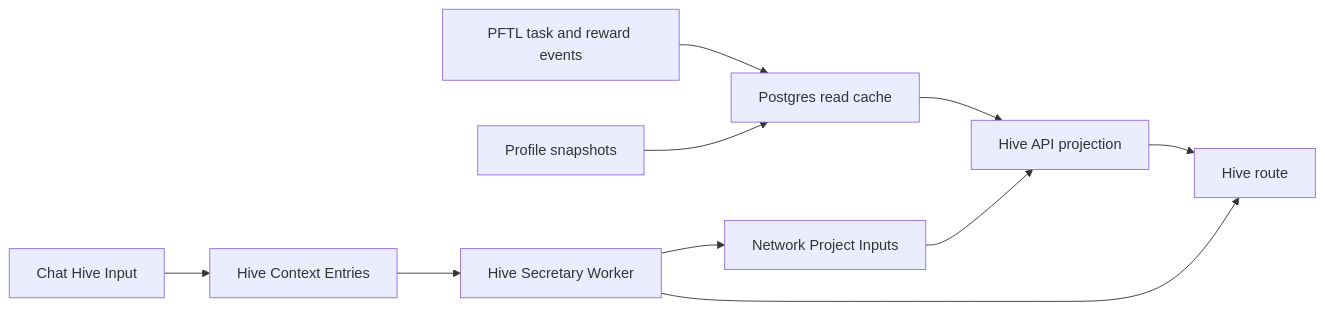
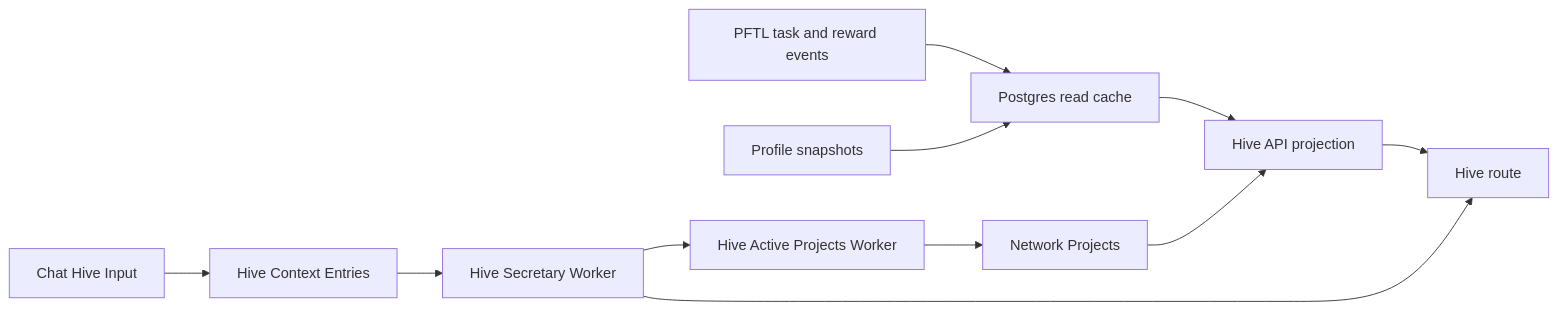
Before and after one commit to postfiatorg/tasknode: the diagram in docs/wiki/surfaces/hive.md, drawn with Mermaid. The commit also changed other lines of this file and 15 other files, not shown here.

Commit message:
Use GPT-5.5 pro for Hive project planning

````diff
--- a/docs/wiki/surfaces/hive.md
+++ b/docs/wiki/surfaces/hive.md
@@ -93,12 +102,13 @@
 ```mermaid
 flowchart LR
   PFTL[PFTL task and reward events] --> Cache[Postgres read cache]
   Profiles[Profile snapshots] --> Cache
   Cache --> HiveAPI[Hive API projection]
   HiveAPI --> HiveUI[Hive route]
   HiveInput[Chat Hive Input] --> HiveContext[Hive Context Entries]
   HiveContext --> Secretary[Hive Secretary Worker]
-  Secretary --> Projects[Network Project Inputs]
+  Secretary --> ProjectPlanner[Hive Active Projects Worker]
+  ProjectPlanner --> Projects[Network Projects]
   Projects --> HiveAPI
   Secretary --> HiveUI
 ```
````
